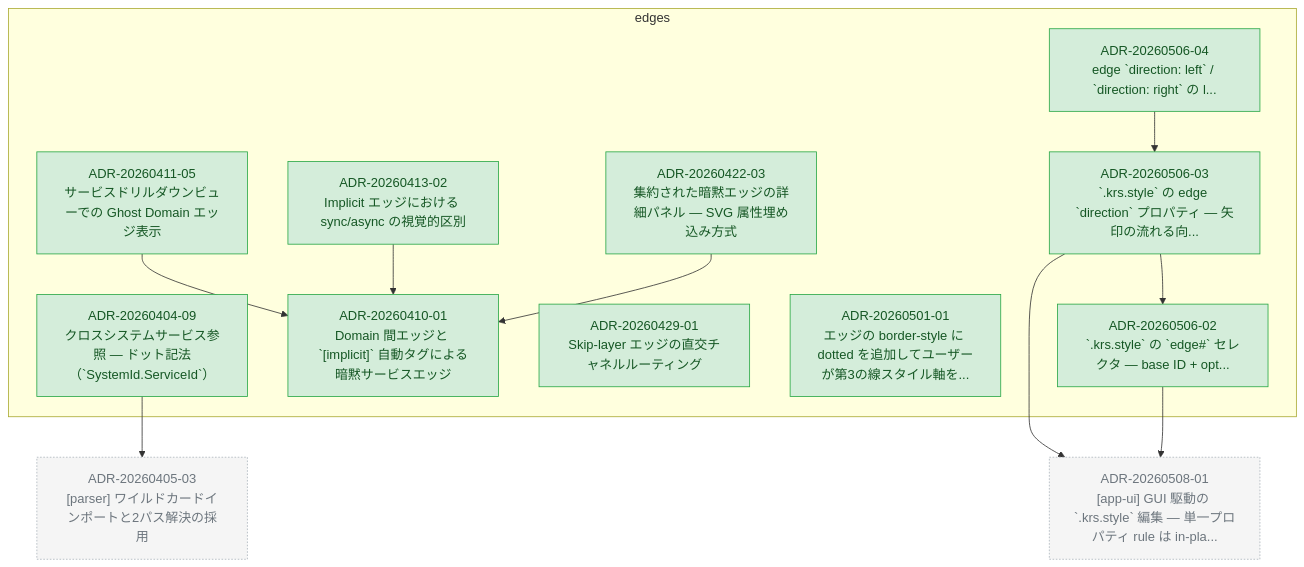
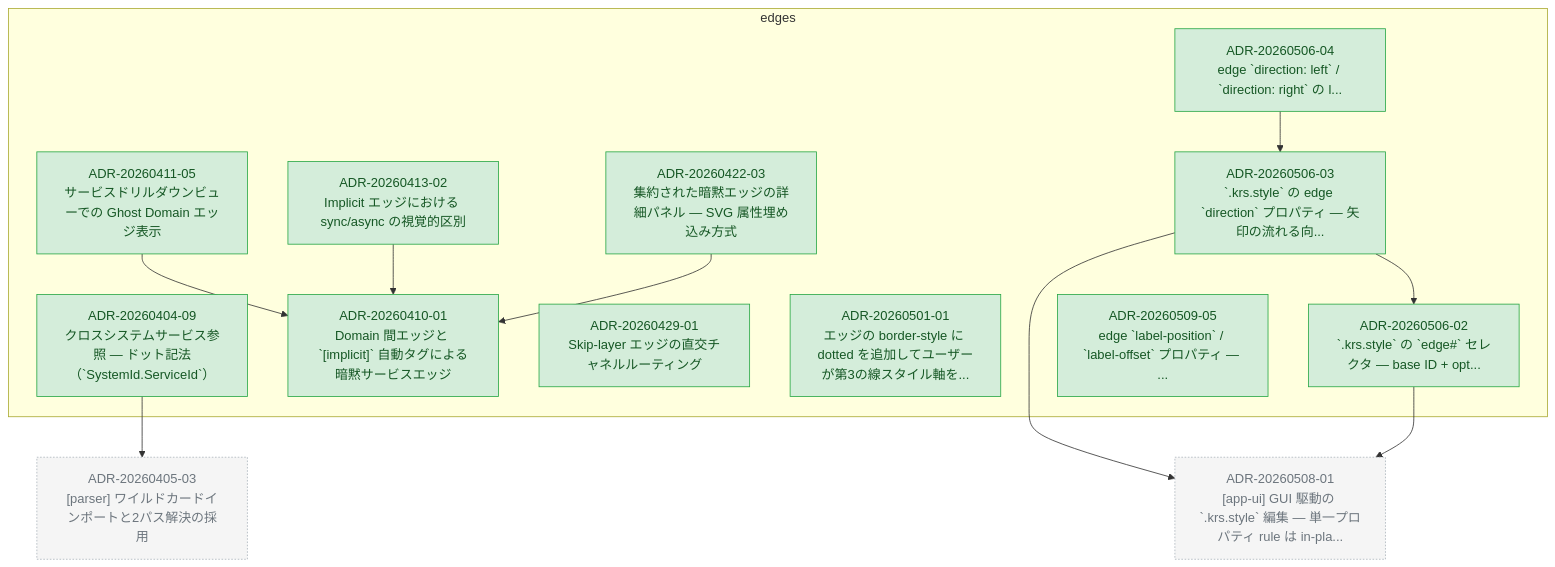
The diagram in docs/adr/graph/edges.md (kompiro/karasu), drawn with Mermaid before and after one commit. The commit also changed other lines of this file and 13 other files, not shown here.

First line of the commit message:
feat(core): edge label-position and label-offset style properties (#1190)

````diff
--- a/docs/adr/graph/edges.md
+++ b/docs/adr/graph/edges.md
@@ -6,44 +6,46 @@
 ```mermaid
 flowchart TD
   subgraph edges["edges"]
     ADR_20260404_09["ADR-20260404-09<br/>クロスシステムサービス参照 — ドット記法（`SystemId.ServiceId`）"]
     ADR_20260410_01["ADR-20260410-01<br/>Domain 間エッジと `[implicit]` 自動タグによる暗黙サービスエッジ"]
     ADR_20260411_05["ADR-20260411-05<br/>サービスドリルダウンビューでの Ghost Domain エッジ表示"]
     ADR_20260413_02["ADR-20260413-02<br/>Implicit エッジにおける sync/async の視覚的区別"]
     ADR_20260422_03["ADR-20260422-03<br/>集約された暗黙エッジの詳細パネル — SVG 属性埋め込み方式"]
     ADR_20260429_01["ADR-20260429-01<br/>Skip-layer エッジの直交チャネルルーティング"]
     ADR_20260501_01["ADR-20260501-01<br/>エッジの border-style に dotted を追加してユーザーが第3の線スタイル軸を..."]
     ADR_20260506_02["ADR-20260506-02<br/>`.krs.style` の `edge#<id>` セレクタ — base ID + opt..."]
     ADR_20260506_03["ADR-20260506-03<br/>`.krs.style` の edge `direction` プロパティ — 矢印の流れる向..."]
     ADR_20260506_04["ADR-20260506-04<br/>edge `direction: left` / `direction: right` の l..."]
+    ADR_20260509_05["ADR-20260509-05<br/>edge `label-position` / `label-offset` プロパティ — ..."]
   end
   ADR_20260405_03["ADR-20260405-03<br/>[parser] ワイルドカードインポートと2パス解決の採用"]
   ADR_20260508_01["ADR-20260508-01<br/>[app-ui] GUI 駆動の `.krs.style` 編集 — 単一プロパティ rule は in-pla..."]
   ADR_20260404_09 --> ADR_20260405_03
   ADR_20260411_05 --> ADR_20260410_01
   ADR_20260413_02 --> ADR_20260410_01
   ADR_20260422_03 --> ADR_20260410_01
   ADR_20260506_02 --> ADR_20260508_01
   ADR_20260506_03 --> ADR_20260508_01
   ADR_20260506_03 --> ADR_20260506_02
   ADR_20260506_04 --> ADR_20260506_03
 
   classDef accepted fill:#d4edda,stroke:#28a745,color:#155724
   classDef proposed fill:#fff3cd,stroke:#ffc107,color:#856404
   classDef deprecated fill:#f8d7da,stroke:#dc3545,color:#721c24
   classDef superseded fill:#e2e3e5,stroke:#6c757d,color:#383d41
   classDef not_adopted fill:#e2e3e5,stroke:#6c757d,color:#383d41,stroke-dasharray:3 3
   classDef ghost fill:#f5f5f5,stroke:#adb5bd,color:#6c757d,stroke-dasharray:2 2
   class ADR_20260404_09 accepted
   class ADR_20260410_01 accepted
   class ADR_20260411_05 accepted
   class ADR_20260413_02 accepted
   class ADR_20260422_03 accepted
   class ADR_20260429_01 accepted
   class ADR_20260501_01 accepted
   class ADR_20260506_02 accepted
   class ADR_20260506_03 accepted
   class ADR_20260506_04 accepted
+  class ADR_20260509_05 accepted
   class ADR_20260405_03 ghost
   class ADR_20260508_01 ghost
 ```
````
